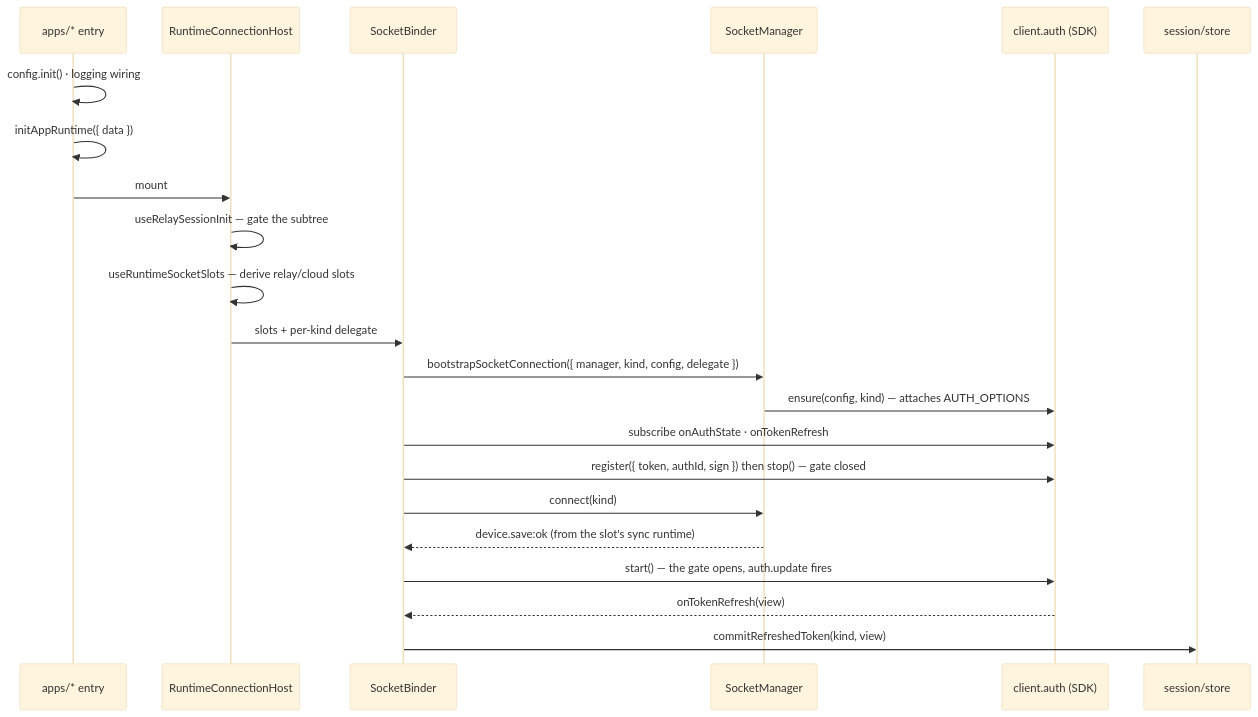
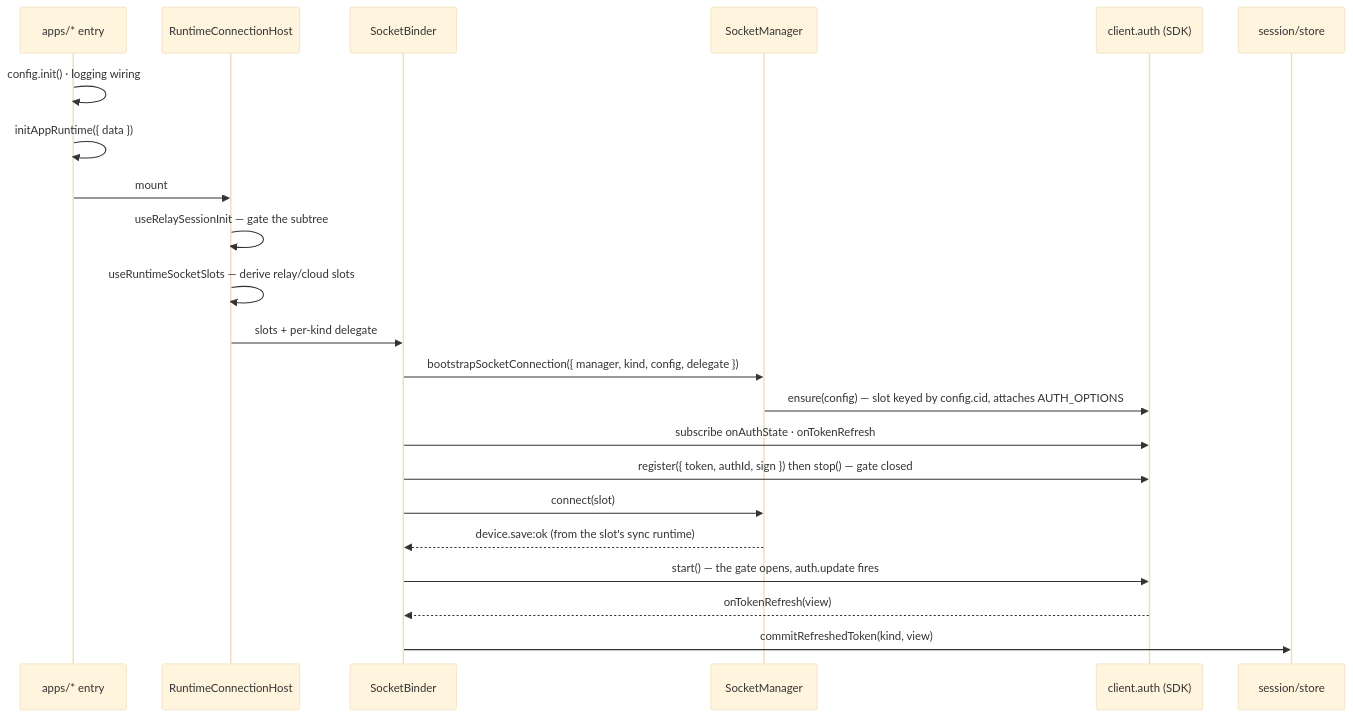
One commit to lemoncloud-io/dou-app changed the second of 2 diagrams in libs/app-runtime/README.md. Above: the diagram before and after it, drawn with Mermaid (base theme). The commit also changed other lines of this file and 70 other files, not shown here.

````diff
--- a/libs/app-runtime/README.md
+++ b/libs/app-runtime/README.md
@@ -125,25 +125,25 @@
 ```mermaid
 sequenceDiagram
     participant App as apps/* entry
     participant Host as RuntimeConnectionHost
     participant B as SocketBinder
     participant M as SocketManager
     participant A as client.auth (SDK)
     participant S as session/store
 
     App->>App: config.init() · logging wiring
     App->>App: initAppRuntime({ data })
     App->>Host: mount
     Host->>Host: useRelaySessionInit — gate the subtree
     Host->>Host: useRuntimeSocketSlots — derive relay/cloud slots
     Host->>B: slots + per-kind delegate
     B->>M: bootstrapSocketConnection({ manager, kind, config, delegate })
-    M->>A: ensure(config, kind) — attaches AUTH_OPTIONS
+    M->>A: ensure(config) — slot keyed by config.cid, attaches AUTH_OPTIONS
     B->>A: subscribe onAuthState · onTokenRefresh
     B->>A: register({ token, authId, sign }) then stop() — gate closed
-    B->>M: connect(kind)
+    B->>M: connect(slot)
     M-->>B: device.save:ok (from the slot's sync runtime)
     B->>A: start() — the gate opens, auth.update fires
     A-->>B: onTokenRefresh(view)
     B->>S: commitRefreshedToken(kind, view)
 ```
````
